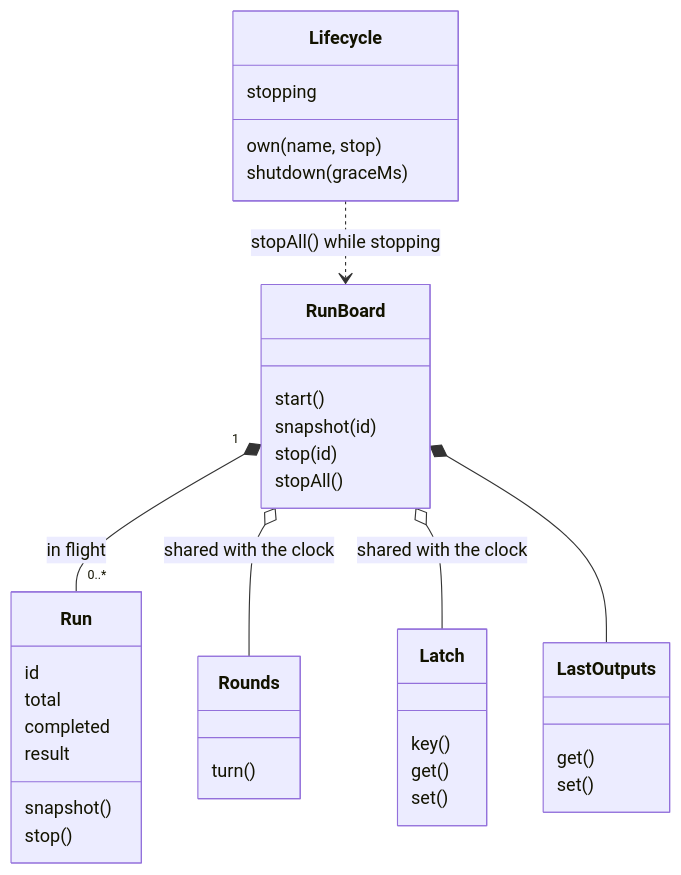
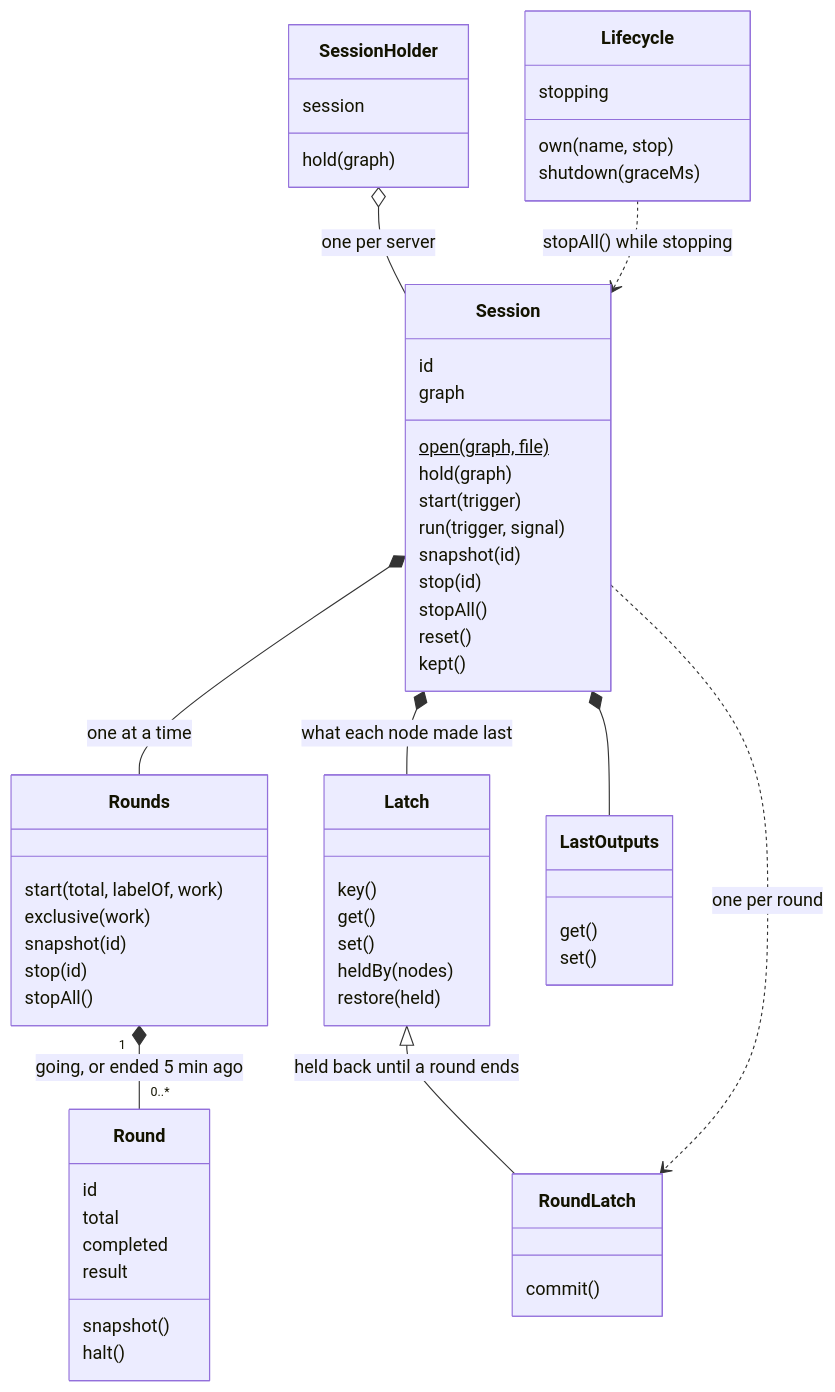
Before and after one commit to Archimedes79/AI_Graph: the sixth of 8 diagrams in arch/overview.md, drawn with Mermaid. The commit also changed other lines of this file and 25 other files, not shown here.

````diff
--- a/arch/overview.md
+++ b/arch/overview.md
@@ -330,39 +331,62 @@
 ```mermaid
 classDiagram
   class Lifecycle {
     own(name, stop)
     shutdown(graceMs)
     stopping
   }
-  class RunBoard {
-    start()
+  class SessionHolder {
+    session
+    hold(graph)
+  }
+  class Session {
+    id
+    graph
+    open(graph, file)$
+    hold(graph)
+    start(trigger)
+    run(trigger, signal)
+    snapshot(id)
+    stop(id)
+    stopAll()
+    reset()
+    kept()
+  }
+  class Rounds {
+    start(total, labelOf, work)
+    exclusive(work)
     snapshot(id)
     stop(id)
     stopAll()
   }
-  class Run {
+  class Round {
     id
     total
     completed
     result
     snapshot()
-    stop()
-  }
-  class Rounds {
-    turn()
+    halt()
   }
   class Latch {
     key()
     get()
     set()
+    heldBy(nodes)
+    restore(held)
+  }
+  class RoundLatch {
+    commit()
   }
   class LastOutputs {
     get()
     set()
   }
-  RunBoard "1" *-- "0..*" Run : in flight
-  RunBoard o-- Rounds : shared with the clock
-  RunBoard o-- Latch : shared with the clock
-  RunBoard *-- LastOutputs
-  Lifecycle ..> RunBoard : stopAll() while stopping
+  SessionHolder o-- Session : one per server
+  Session *-- Rounds : one at a time
+  Rounds "1" *-- "0..*" Round : going, or ended 5 min ago
+  Session *-- Latch : what each node made last
+  Session *-- LastOutputs
+  Latch <|-- RoundLatch : held back until a round ends
+  Session ..> RoundLatch : one per round
+  Lifecycle ..> Session : stopAll() while stopping
 ```
````
